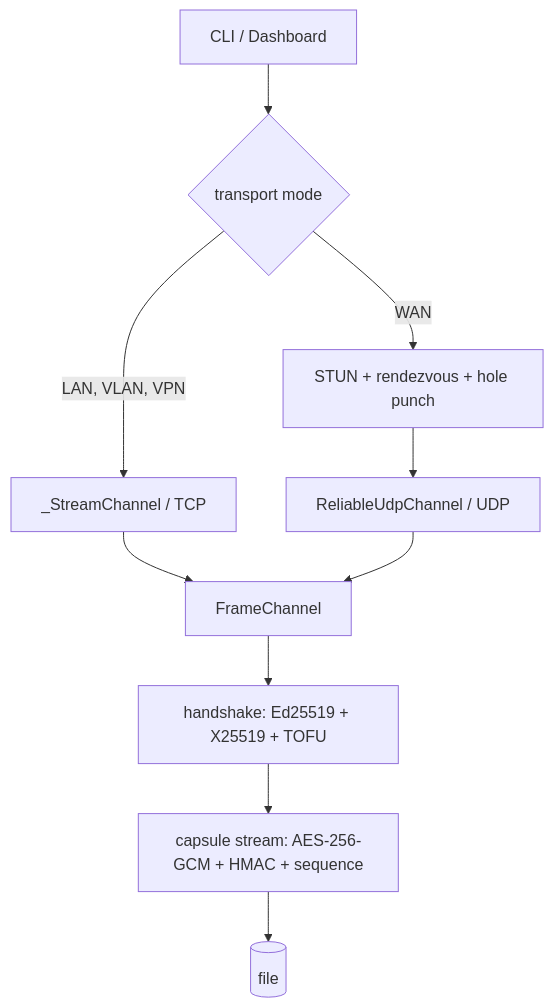
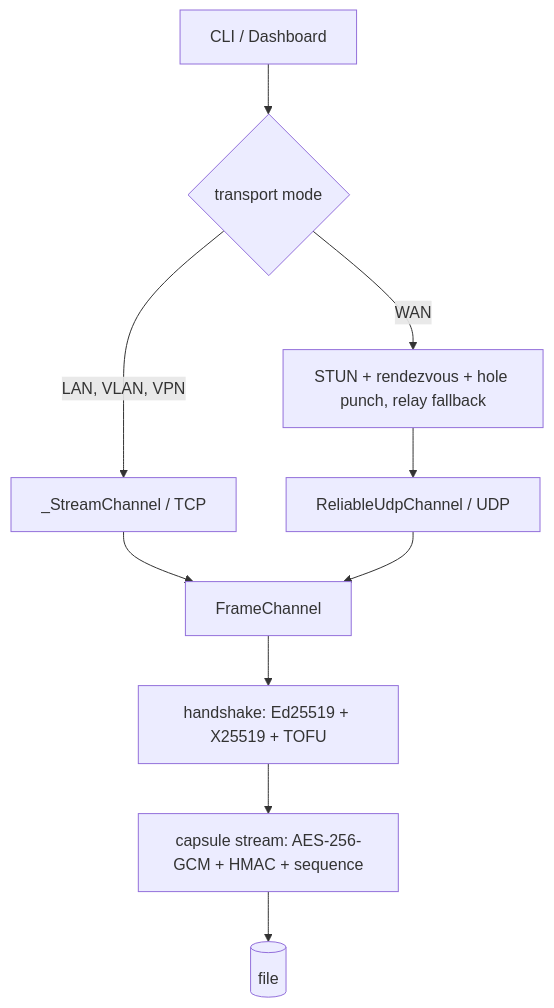
Before and after one commit to FirasBech/securelink: the diagram in README.md, drawn with Mermaid. The commit also changed other lines of this file and 5 other files, not shown here.

Commit message:
Add TURN-style UDP relay fallback for symmetric NATs, with hostable relay/rendezvous CLI commands

````diff
--- a/README.md
+++ b/README.md
@@ -69,11 +69,11 @@
 ```mermaid
 flowchart TD
   UI[CLI / Dashboard] --> SEL{transport mode}
   SEL -->|LAN, VLAN, VPN| TCP[_StreamChannel / TCP]
-  SEL -->|WAN| NAT[STUN + rendezvous + hole punch] --> UDP[ReliableUdpChannel / UDP]
+  SEL -->|WAN| NAT[STUN + rendezvous + hole punch, relay fallback] --> UDP[ReliableUdpChannel / UDP]
   TCP --> CH[FrameChannel]
   UDP --> CH
   CH --> HS[handshake: Ed25519 + X25519 + TOFU]
   HS --> CAP[capsule stream: AES-256-GCM + HMAC + sequence]
   CAP --> FILE[(file)]
 ```
````
